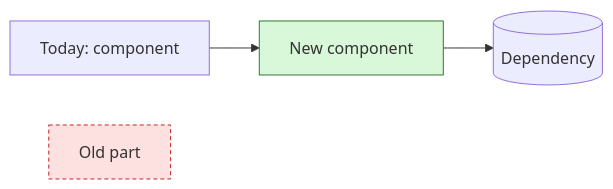
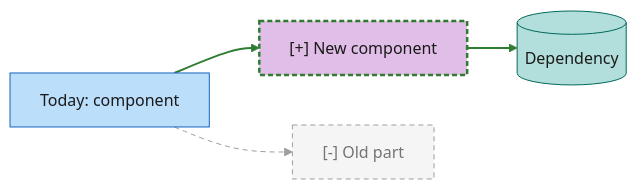
Before and after one commit to varunpathania86/nigu-lite: the second of 2 diagrams in docs/templates/ADR.template.md, drawn with Mermaid. The commit also changed other lines of this file and 38 other files, not shown here.

````diff
--- a/docs/templates/ADR.template.md
+++ b/docs/templates/ADR.template.md
@@ -36,7 +40,15 @@
 ```mermaid
 flowchart LR
-  A[Today: component] --> N[New component]:::new --> B[(Dependency)]
-  X[Old part]:::removed
-  classDef new fill:#d9f7d9,stroke:#2e7d32
-  classDef removed fill:#fde0e0,stroke:#c62828,stroke-dasharray:4 3
+  A[Today: component] --> N["[+] New component"] --> B[(Dependency)]
+  A -.-> X["[-] Old part"]:::removed
+  linkStyle 0,1 stroke:#2e7d32,stroke-width:2px
+  linkStyle 2 stroke:#9e9e9e,stroke-dasharray:5 4
+  class A app
+  class N core
+  class B data
+  style N stroke:#2e7d32,stroke-width:2.5px,stroke-dasharray:5 3
+  classDef app fill:#bbdefb,stroke:#1565c0,color:#1a1a1a
+  classDef core fill:#e1bee7,stroke:#6a1b9a,color:#1a1a1a
+  classDef data fill:#b2dfdb,stroke:#00695c,color:#1a1a1a
+  classDef removed fill:#f5f5f5,stroke:#9e9e9e,stroke-dasharray:5 4,color:#757575
 ```
````
